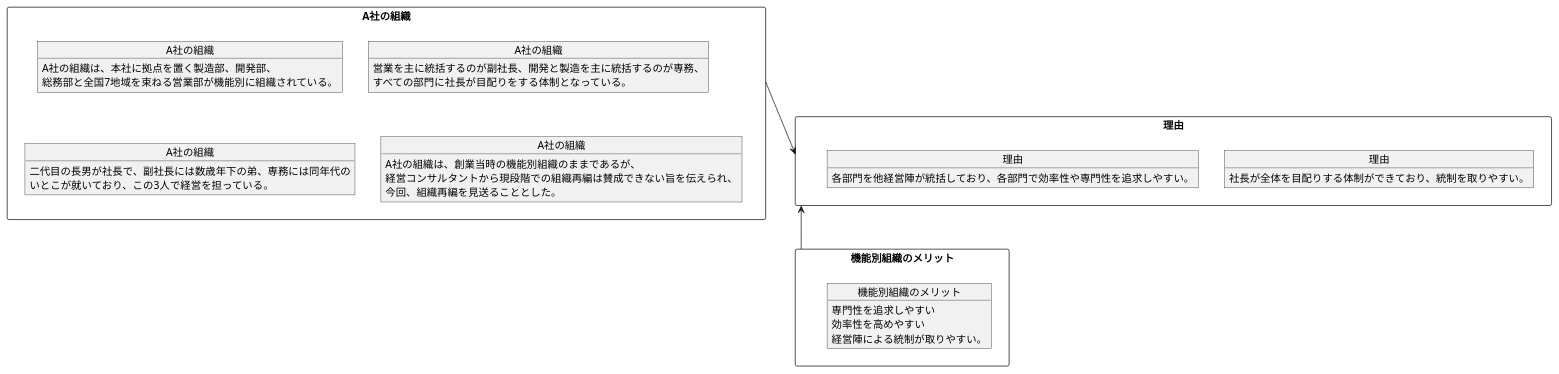
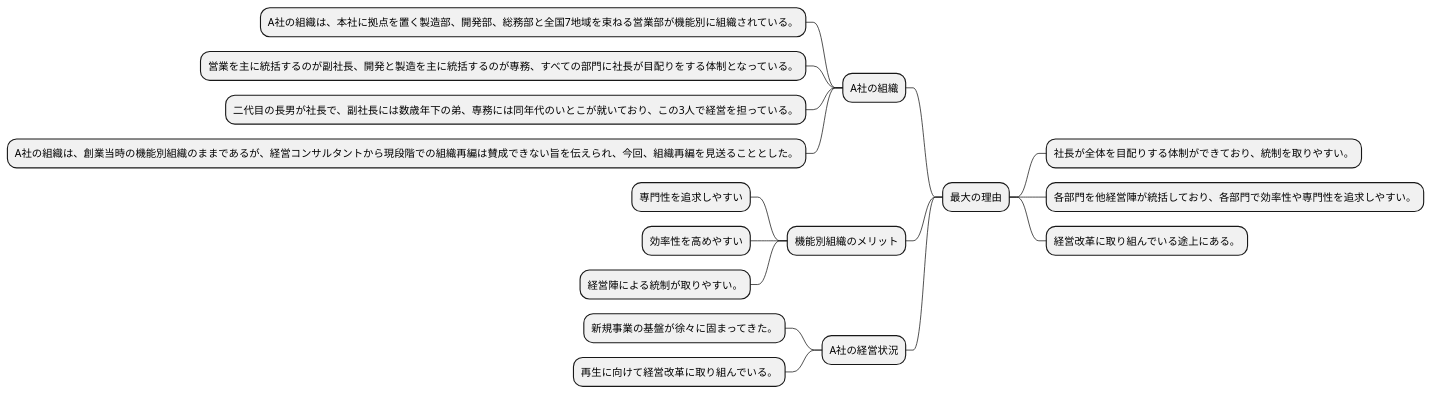
Before and after one commit to k2works/case-study-business-analysis: the fifth of 5 diagrams in docs/case/study/R01/r01_case_1_study_0.adoc, drawn with PlantUML. The commit also changed other lines of this file, not shown here.

```diff
--- a/docs/case/study/R01/r01_case_1_study_0.adoc
+++ b/docs/case/study/R01/r01_case_1_study_0.adoc
@@ -352,49 +199,23 @@
 [plantuml]
 ----
-@startuml
+@startmindmap
 
-rectangle "A社の組織" as A_1 {
-    object "A社の組織" as A_1_1 {
-    A社の組織は、本社に拠点を置く製造部、開発部、
-    総務部と全国7地域を束ねる営業部が機能別に組織されている。
-    }
+* 最大の理由
+** 社長が全体を目配りする体制ができており、統制を取りやすい。
+** 各部門を他経営陣が統括しており、各部門で効率性や専門性を追求しやすい。
+** 経営改革に取り組んでいる途上にある。
+-- A社の組織
+--- A社の組織は、本社に拠点を置く製造部、開発部、総務部と全国7地域を束ねる営業部が機能別に組織されている。
+--- 営業を主に統括するのが副社長、開発と製造を主に統括するのが専務、すべての部門に社長が目配りをする体制となっている。
+--- 二代目の長男が社長で、副社長には数歳年下の弟、専務には同年代のいとこが就いており、この3人で経営を担っている。
+--- A社の組織は、創業当時の機能別組織のままであるが、経営コンサルタントから現段階での組織再編は賛成できない旨を伝えられ、今回、組織再編を見送ることとした。
+-- 機能別組織のメリット
+--- 専門性を追求しやすい
+--- 効率性を高めやすい
+--- 経営陣による統制が取りやすい。
+-- A社の経営状況
+--- 新規事業の基盤が徐々に固まってきた。
+--- 再生に向けて経営改革に取り組んでいる。
 
-    object "A社の組織" as A_1_2 {
-    営業を主に統括するのが副社長、開発と製造を主に統括するのが専務、
-    すべての部門に社長が目配りをする体制となっている。
-    }
-
-    object "A社の組織" as A_1_3 {
-    二代目の長男が社長で、副社長には数歳年下の弟、専務には同年代の
-    いとこが就いており、この3人で経営を担っている。
-    }
-
-    object "A社の組織" as A_1_4 {
-    A社の組織は、創業当時の機能別組織のままであるが、
-    経営コンサルタントから現段階での組織再編は賛成できない旨を伝えられ、
-    今回、組織再編を見送ることとした。
-    }
-}
-
-rectangle "機能別組織のメリット" as B_1 {
-    object "機能別組織のメリット" as B_1_1 {
-    専門性を追求しやすい
-    効率性を高めやすい
-    経営陣による統制が取りやすい。
-    }
-}
-
-rectangle "理由" as C_1 {
-    object "理由" as C_1_1 {
-    社長が全体を目配りする体制ができており、統制を取りやすい。
-    }
-    object "理由" as C_1_2 {
-    各部門を他経営陣が統括しており、各部門で効率性や専門性を追求しやすい。
-    }
-}
-
-A_1 --> C_1
-C_1 <-- B_1
-
-@enduml
+@endmindmap
 ----
```
